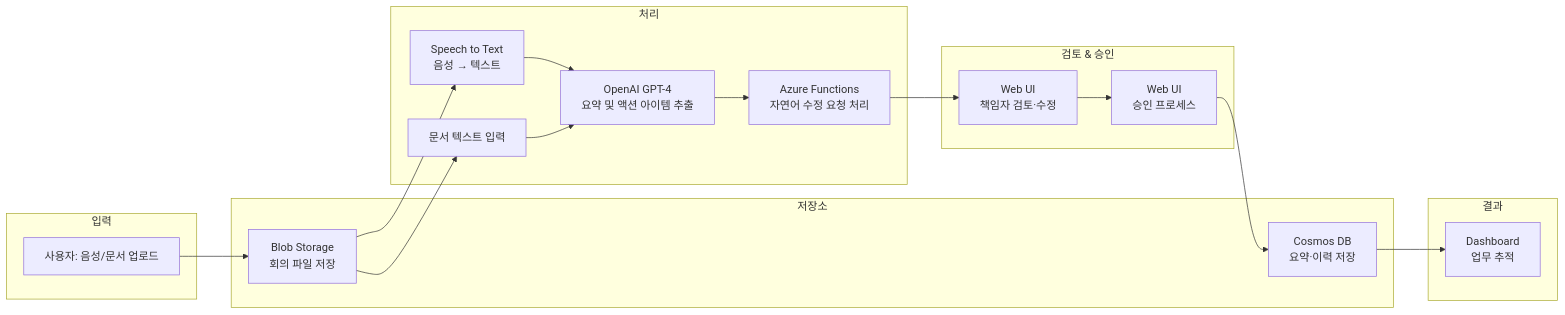
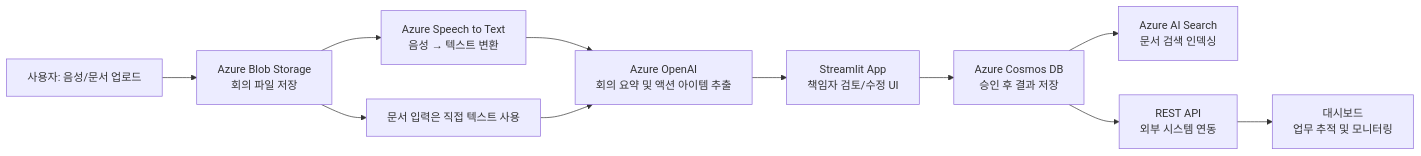
Before and after one commit to ksr25160/mvpproject: the diagram in README.md, drawn with Mermaid. The commit also changed other lines of this file and 15 other files, not shown here.

````diff
--- a/README.md
+++ b/README.md
@@ -74,38 +40,17 @@
 ```mermaid
 graph LR
-  subgraph 입력
-    A[사용자: 음성/문서 업로드]
-  end
+  A[사용자: 음성/문서 업로드] --> B[Azure Blob Storage<br>회의 파일 저장]
+  B --> C[Azure Speech to Text<br>음성 → 텍스트 변환]
+  B --> D[문서 입력은 직접 텍스트 사용]
 
-  subgraph 저장소
-    B[Blob Storage<br>회의 파일 저장]
-    J[Cosmos DB<br>요약·이력 저장]
-  end
+  C --> E[Azure OpenAI<br>회의 요약 및 액션 아이템 추출]
+  D --> E
 
-  subgraph 처리
-    C[Speech to Text<br>음성 → 텍스트]
-    D[문서 텍스트 입력]
-    E[OpenAI GPT-4<br>요약 및 액션 아이템 추출]
-    F[Azure Functions<br>자연어 수정 요청 처리]
-  end
+  E --> F[Streamlit App<br>책임자 검토/수정 UI]
+  F --> G[Azure Cosmos DB<br>승인 후 결과 저장]
 
-  subgraph 검토 & 승인
-    G[Web UI<br>책임자 검토·수정]
-    H[Web UI<br>승인 프로세스]
-  end
+  G --> H[Azure AI Search<br>문서 검색 인덱싱]
+  G --> I[REST API<br>외부 시스템 연동]
 
-  subgraph 결과
-    K[Dashboard<br>업무 추적]
-  end
-
-  A --> B
-  B --> C
-  B --> D
-  C --> E
-  D --> E
-  E --> F
-  F --> G
-  G --> H
-  H --> J
-  J --> K
+  I --> J[대시보드<br>업무 추적 및 모니터링]
 ```
````
